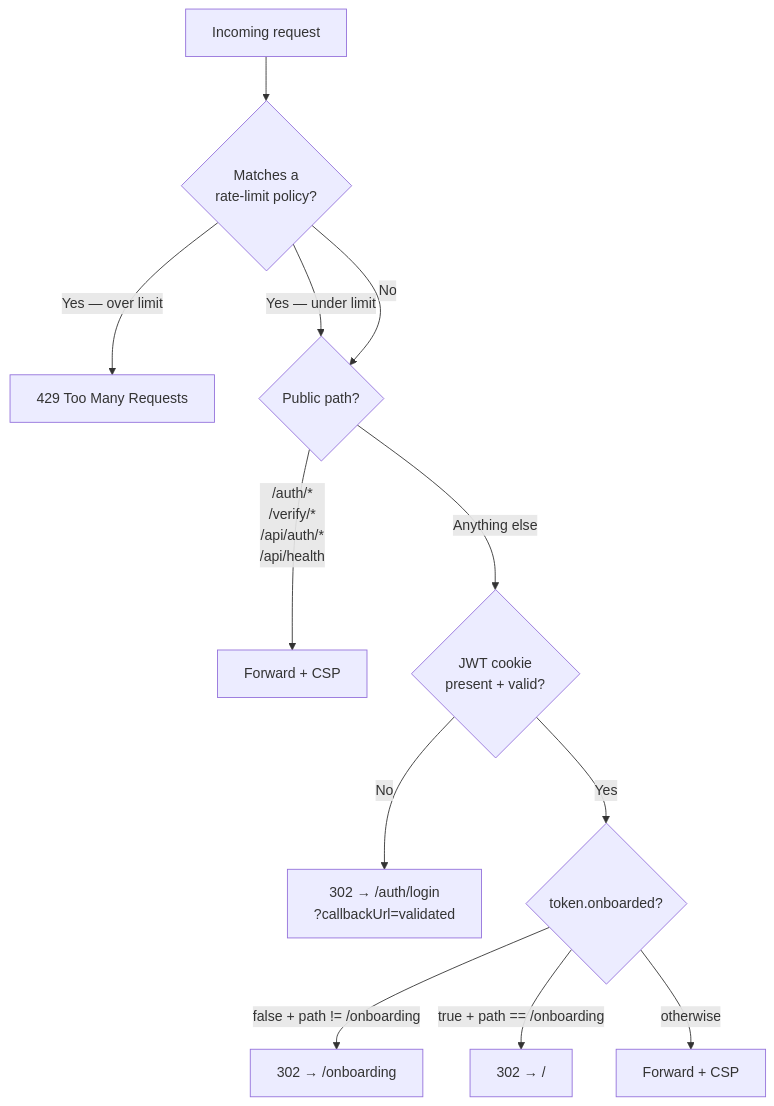
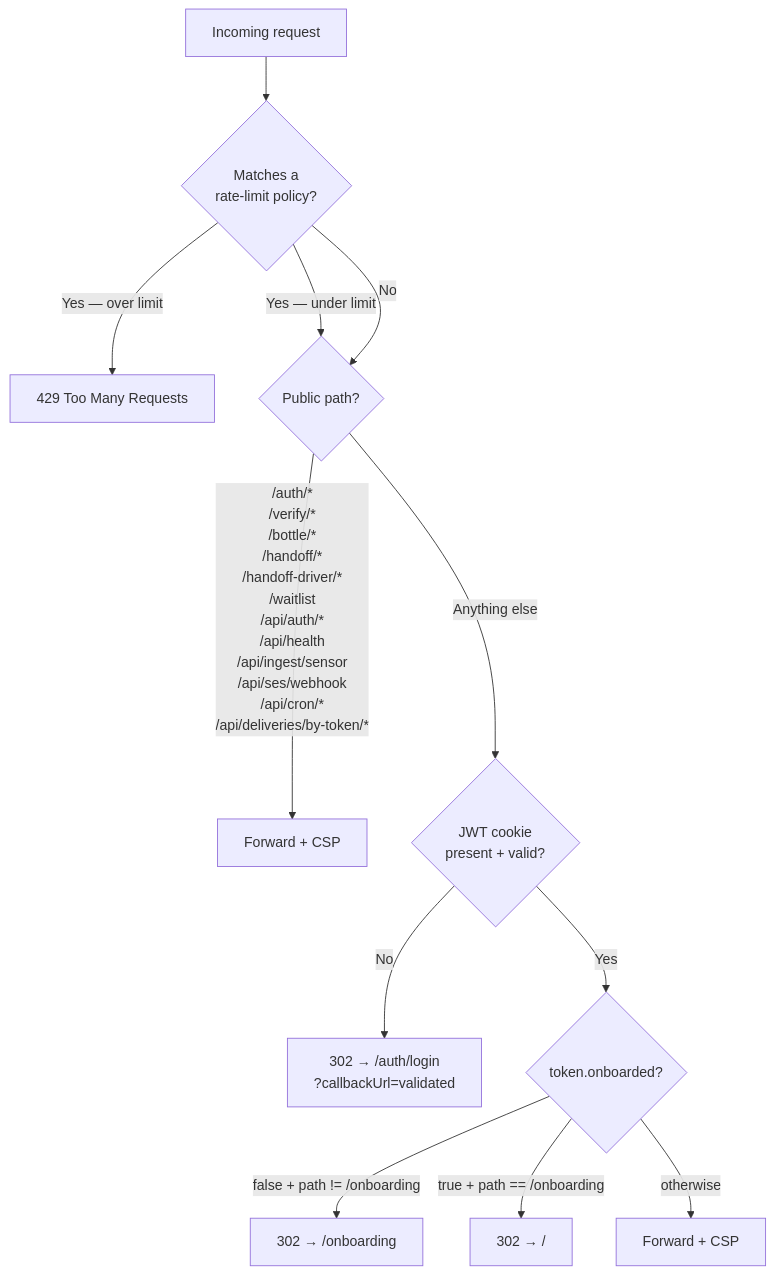
The third of 4 diagrams in docs/AUTH.md (nathanielsohn/caveau-app), drawn with Mermaid before and after one commit. The commit also changed other lines of this file and 13 other files, not shown here.

````diff
--- a/docs/AUTH.md
+++ b/docs/AUTH.md
@@ -125,14 +125,14 @@
 ```mermaid
 flowchart TD
     R[Incoming request] --> RL{Matches a<br/>rate-limit policy?}
     RL -->|Yes — over limit| TL[429 Too Many Requests]
     RL -->|Yes — under limit| PB{Public path?}
     RL -->|No| PB
-    PB -->|/auth/*<br/>/verify/*<br/>/api/auth/*<br/>/api/health| OK[Forward + CSP]
+    PB -->|/auth/*<br/>/verify/*<br/>/bottle/*<br/>/handoff/*<br/>/handoff-driver/*<br/>/waitlist<br/>/api/auth/*<br/>/api/health<br/>/api/ingest/sensor<br/>/api/ses/webhook<br/>/api/cron/*<br/>/api/deliveries/by-token/*| OK[Forward + CSP]
     PB -->|Anything else| TK{JWT cookie<br/>present + valid?}
     TK -->|No| RD[302 → /auth/login<br/>?callbackUrl=validated]
     TK -->|Yes| OB{token.onboarded?}
     OB -->|false + path != /onboarding| ROD[302 → /onboarding]
     OB -->|true + path == /onboarding| RDH[302 → /]
     OB -->|otherwise| OK2[Forward + CSP]
 ```
````
